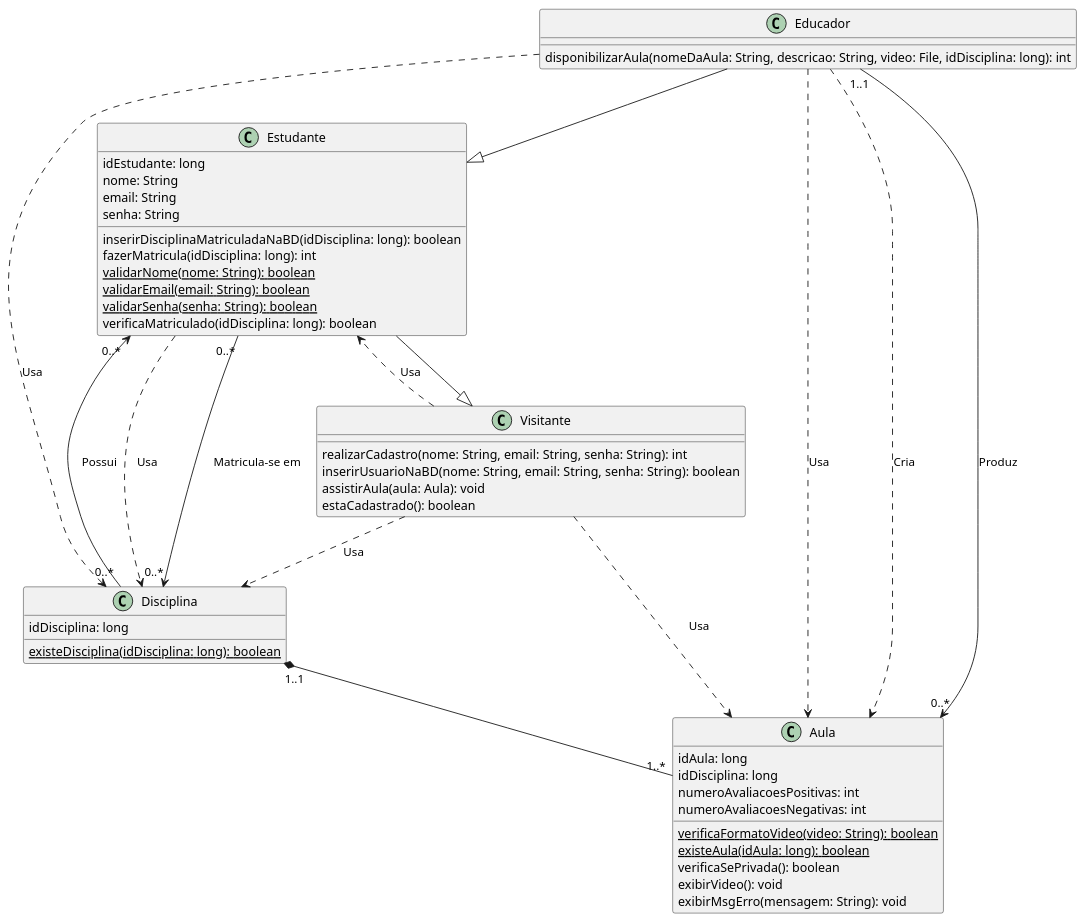
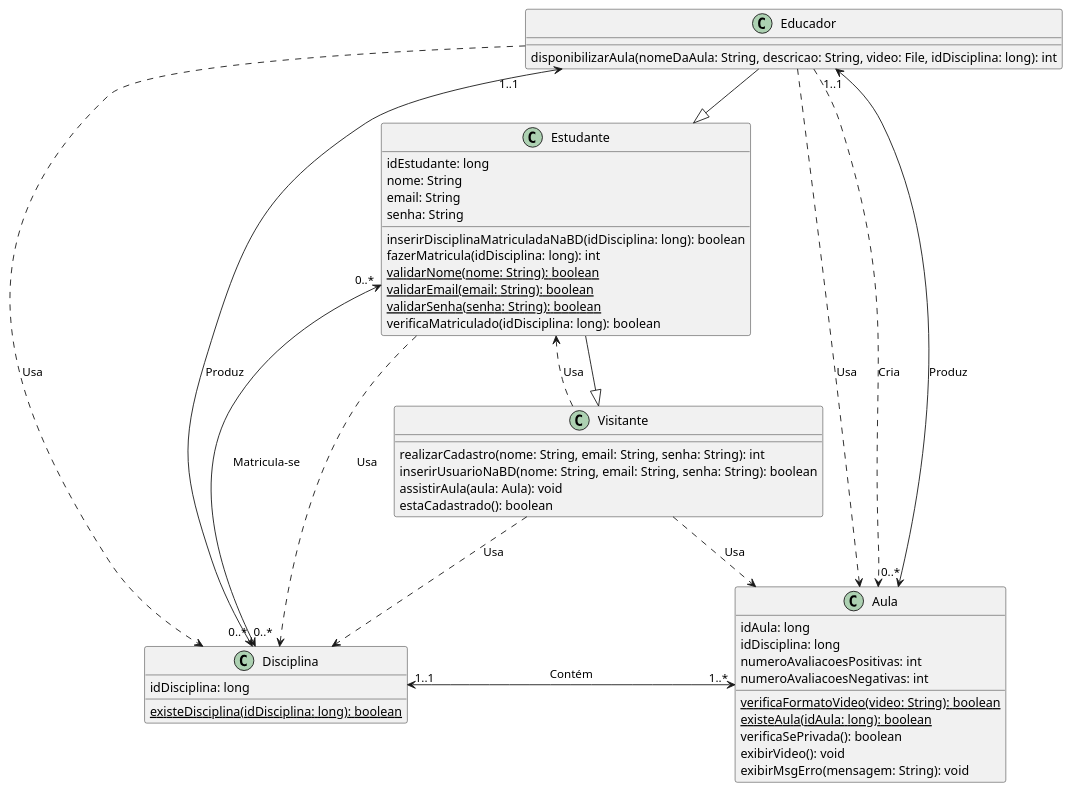
One commit to lucasg-mm/ensinet changed the diagram in diagrama_classes/diag_classes.plantuml. Above: the diagram before and after it, drawn with PlantUML. The commit also changed 1 other file, not shown here.

Commit message:
Atualiza diagrama

```diff
--- a/diagrama_classes/diag_classes.plantuml
+++ b/diagrama_classes/diag_classes.plantuml
@@ -1,62 +1,62 @@
 @startuml diagrama_classes
 class Estudante{
     idEstudante: long
     nome: String
     email: String
     senha: String
     inserirDisciplinaMatriculadaNaBD(idDisciplina: long): boolean  
     fazerMatricula(idDisciplina: long): int
     {static}validarNome(nome: String): boolean
     {static}validarEmail(email: String): boolean
     {static}validarSenha(senha: String): boolean
     verificaMatriculado(idDisciplina: long): boolean
 }
 
 class Disciplina{
     idDisciplina: long
     {static}existeDisciplina(idDisciplina: long): boolean
 }
 
 class Visitante{
     realizarCadastro(nome: String, email: String, senha: String): int
     inserirUsuarioNaBD(nome: String, email: String, senha: String): boolean    
     assistirAula(aula: Aula): void
     estaCadastrado(): boolean
 }
 
 class Educador{
     disponibilizarAula(nomeDaAula: String, descricao: String, video: File, idDisciplina: long): int
 }
 
 class Aula{
     idAula: long
     idDisciplina: long
     numeroAvaliacoesPositivas: int
     numeroAvaliacoesNegativas: int
     {static}verificaFormatoVideo(video: String): boolean
     {static}existeAula(idAula: long): boolean
     verificaSePrivada(): boolean
     exibirVideo(): void
     exibirMsgErro(mensagem: String): void 
 }
 
 ' heranças
 Estudante--|>Visitante
 Educador--|>Estudante
 
 ' dependencias
 Estudante..>Disciplina: Usa
 Educador..>Disciplina: Usa  
 Educador..>Aula: Usa
 Educador..>Aula: Cria
 Visitante..>Aula: Usa
 Visitante..>Estudante: Usa
 Visitante..>Disciplina: Usa
 
 ' associações
-Disciplina"1..1"*--"1..*"Aula
-Disciplina"0..*"-right->"0..*"Estudante: Possui
-Estudante"0..*"-right->"0..*"Disciplina: Matricula-se em
-Educador"1..1"-right->"0..*"Aula: Produz
+Disciplina"1..1"<-right->"1..*"Aula: Contém
+Disciplina"0..*"<-right->"0..*"Estudante: Matricula-se
+Educador"1..1"<-right->"0..*"Aula: Produz
+Educador"1..1"<-right->"0..*"Disciplina: Produz
 
 @enduml
```
